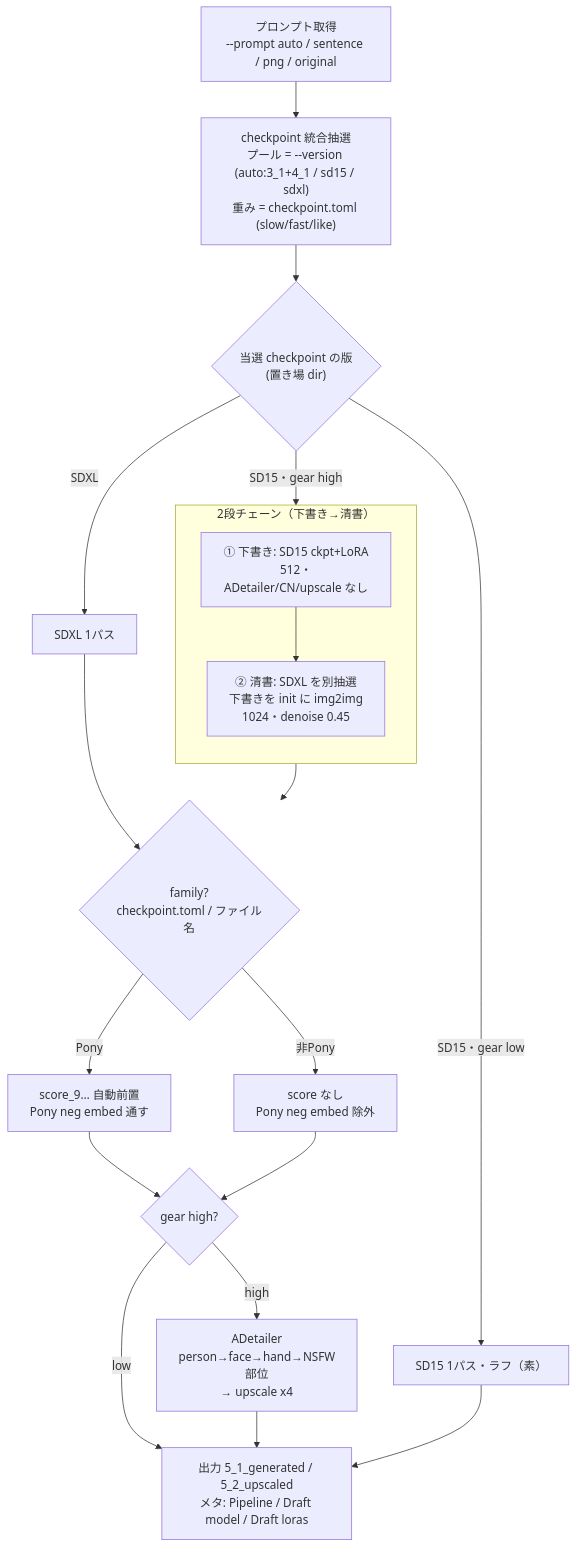
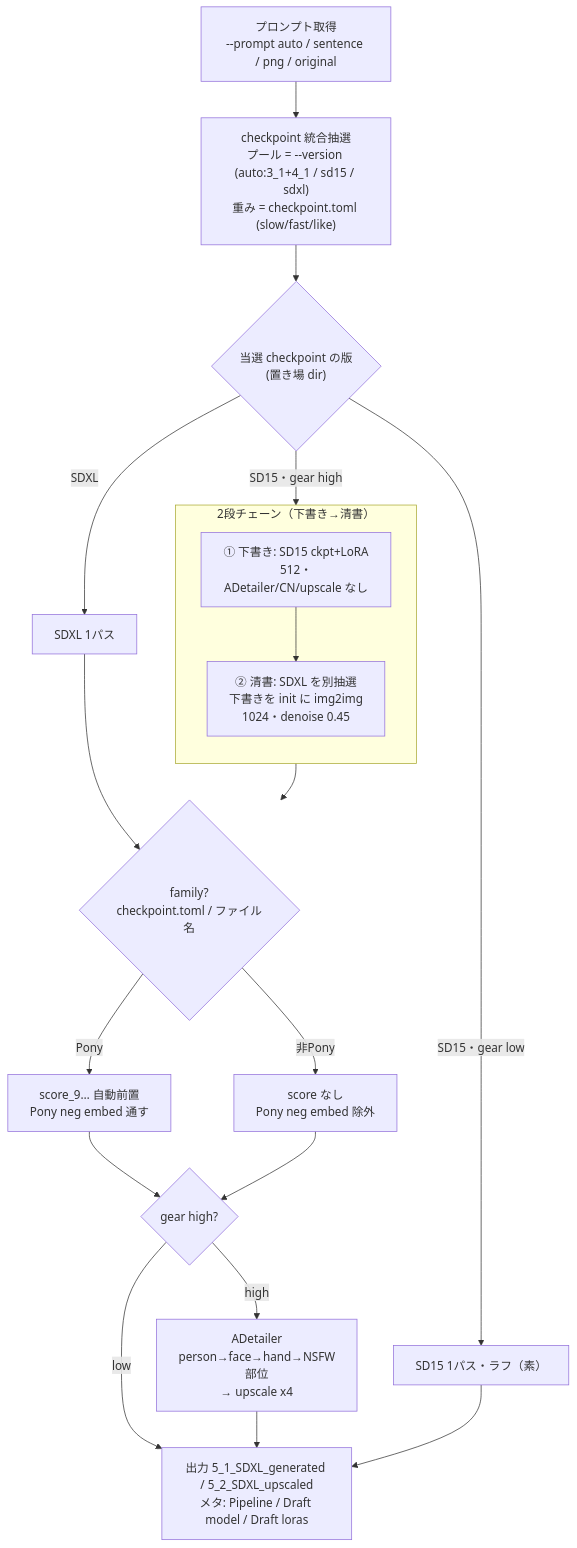
One commit to AZO234/comfyui_playground changed the diagram in README_ja.md. Above: the diagram before and after it, drawn with Mermaid. The commit also changed other lines of this file and 5 other files, not shown here.

````diff
--- a/README_ja.md
+++ b/README_ja.md
@@ -114,29 +115,29 @@
 ```mermaid
 flowchart TD
   P["プロンプト取得<br/>--prompt auto / sentence / png / original"]
   P --> CK["checkpoint 統合抽選<br/>プール = --version (auto:3_1+4_1 / sd15 / sdxl)<br/>重み = checkpoint.toml (slow/fast/like)"]
   CK --> V{"当選 checkpoint の版<br/>(置き場 dir)"}
 
   V -->|"SD15・gear high"| DR1
   V -->|"SD15・gear low"| S1["SD15 1パス・ラフ（素）"]
   V -->|"SDXL"| S2["SDXL 1パス"]
 
   subgraph DR["2段チェーン（下書き→清書）"]
     direction TB
     DR1["① 下書き: SD15 ckpt+LoRA<br/>512・ADetailer/CN/upscale なし"]
     DR1 --> DR2["② 清書: SDXL を別抽選<br/>下書きを init に img2img<br/>1024・denoise 0.45"]
   end
 
   DR2 --> FAM
   S2 --> FAM
   FAM{"family?<br/>checkpoint.toml / ファイル名"}
   FAM -->|Pony| FP["score_9… 自動前置<br/>Pony neg embed 通す"]
   FAM -->|非Pony| FN["score なし<br/>Pony neg embed 除外"]
 
   FP --> HG{"gear high?"}
   FN --> HG
   HG -->|high| AD["ADetailer<br/>person→face→hand→NSFW部位<br/>→ upscale x4"]
   HG -->|low| OUT
-  AD --> OUT["出力 5_1_generated / 5_2_upscaled<br/>メタ: Pipeline / Draft model / Draft loras"]
+  AD --> OUT["出力 5_1_SDXL_generated / 5_2_SDXL_upscaled<br/>メタ: Pipeline / Draft model / Draft loras"]
   S1 --> OUT
 ```
````
